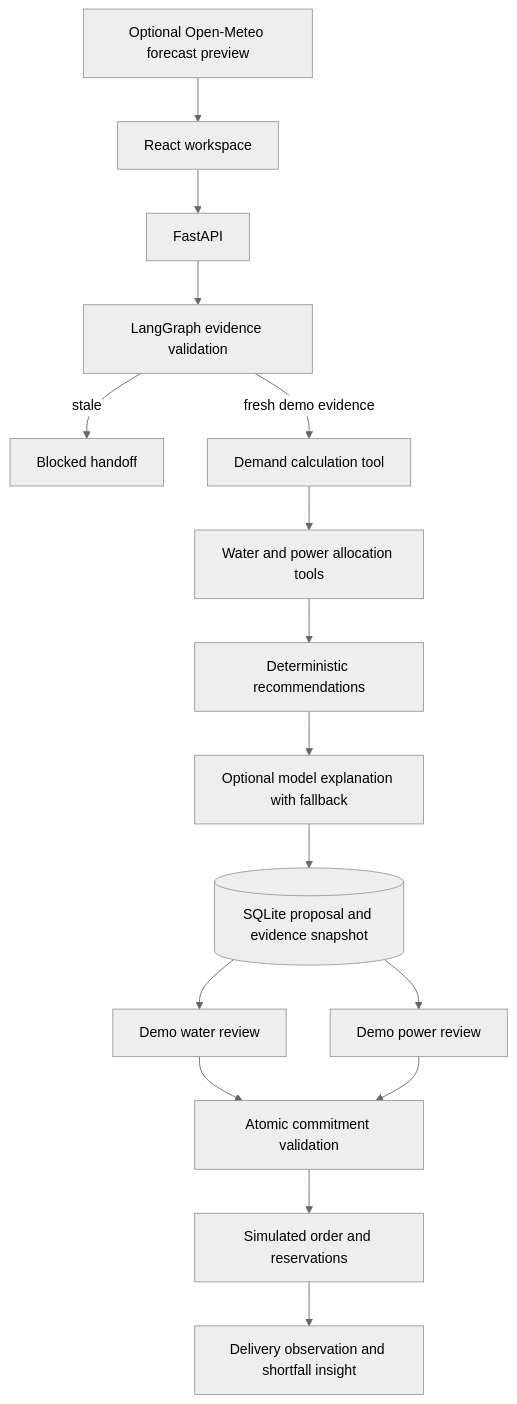
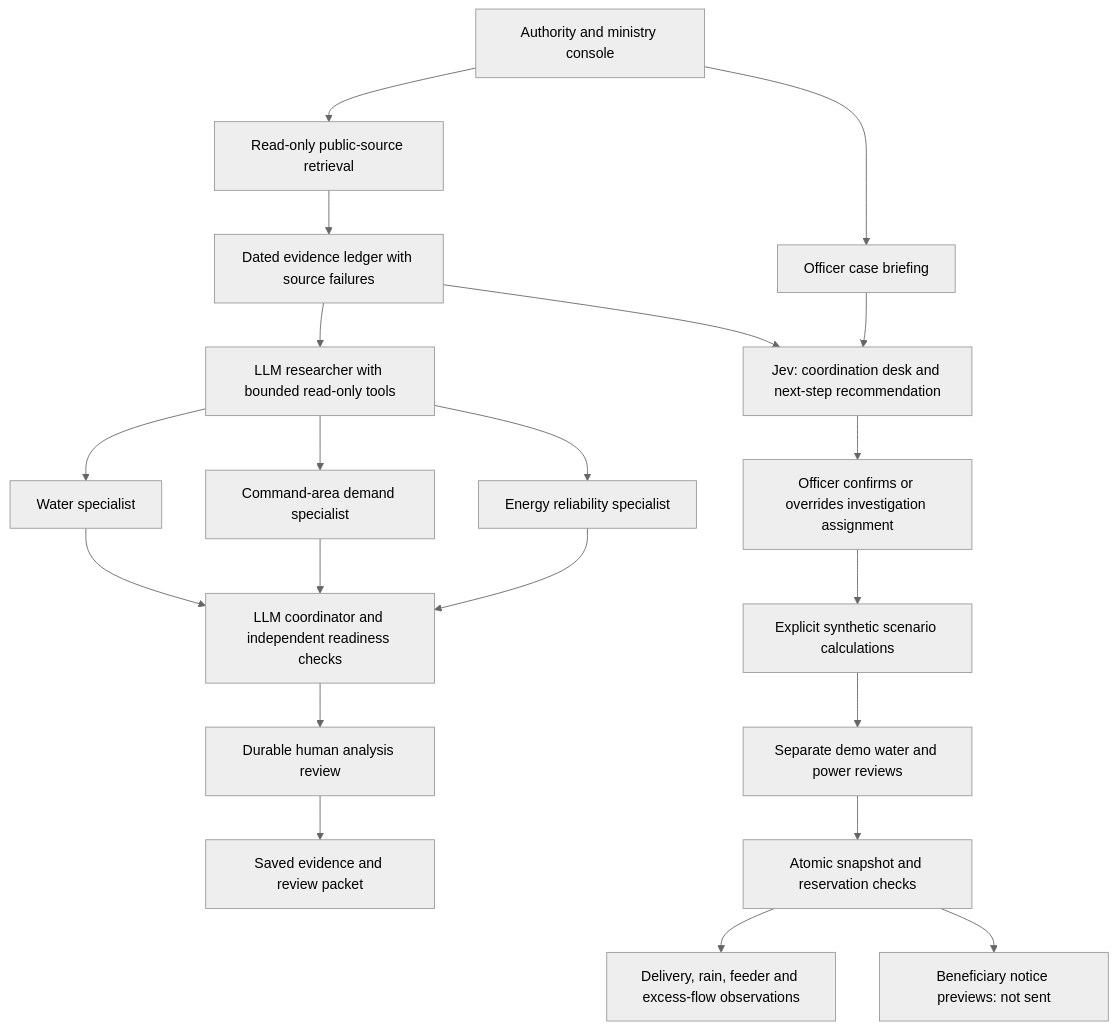
The diagram in PROJECT.md (venuha/Jalasetu), drawn with Mermaid (neutral theme) before and after one commit. The commit also changed other lines of this file and 21 other files, not shown here.

Commit message:
Build authority console with public evidence, specialist research and Jev case routing

````diff
--- a/PROJECT.md
+++ b/PROJECT.md
@@ -23,18 +7,23 @@
 ```mermaid
 flowchart TD
-  UI[React workspace] --> API[FastAPI]
-  API --> Evidence[LangGraph evidence validation]
-  Evidence -->|stale| Hold[Blocked handoff]
-  Evidence -->|fresh demo evidence| Demand[Demand calculation tool]
-  Demand --> Allocate[Water and power allocation tools]
-  Allocate --> Insights[Deterministic recommendations]
-  Insights --> Optional[Optional model explanation with fallback]
-  Optional --> DB[(SQLite proposal and evidence snapshot)]
-  DB --> Water[Demo water review]
-  DB --> Power[Demo power review]
-  Water --> Gate[Atomic commitment validation]
-  Power --> Gate
-  Gate --> Order[Simulated order and reservations]
-  Order --> Delivery[Delivery observation and shortfall insight]
-  Weather[Optional Open-Meteo forecast preview] --> UI
+    UI[Authority and ministry console] --> Public[Read-only public-source retrieval]
+    UI --> Case[Officer case briefing]
+    Public --> Ledger[Dated evidence ledger with source failures]
+    Ledger --> Jev[Jev: coordination desk and next-step recommendation]
+    Case --> Jev
+    Jev --> Triage[Officer confirms or overrides investigation assignment]
+    Ledger --> Research[LLM researcher with bounded read-only tools]
+    Research --> Water[Water specialist]
+    Research --> Demand[Command-area demand specialist]
+    Research --> Energy[Energy reliability specialist]
+    Water --> Coordinator[LLM coordinator and independent readiness checks]
+    Demand --> Coordinator
+    Energy --> Coordinator
+    Coordinator --> HITL[Durable human analysis review]
+    Triage --> Scenario[Explicit synthetic scenario calculations]
+    HITL --> Packet[Saved evidence and review packet]
+    Scenario --> Reviews[Separate demo water and power reviews]
+    Reviews --> Reservations[Atomic snapshot and reservation checks]
+    Reservations --> Monitoring[Delivery, rain, feeder and excess-flow observations]
+    Reservations --> Notices[Beneficiary notice previews: not sent]
 ```
````
